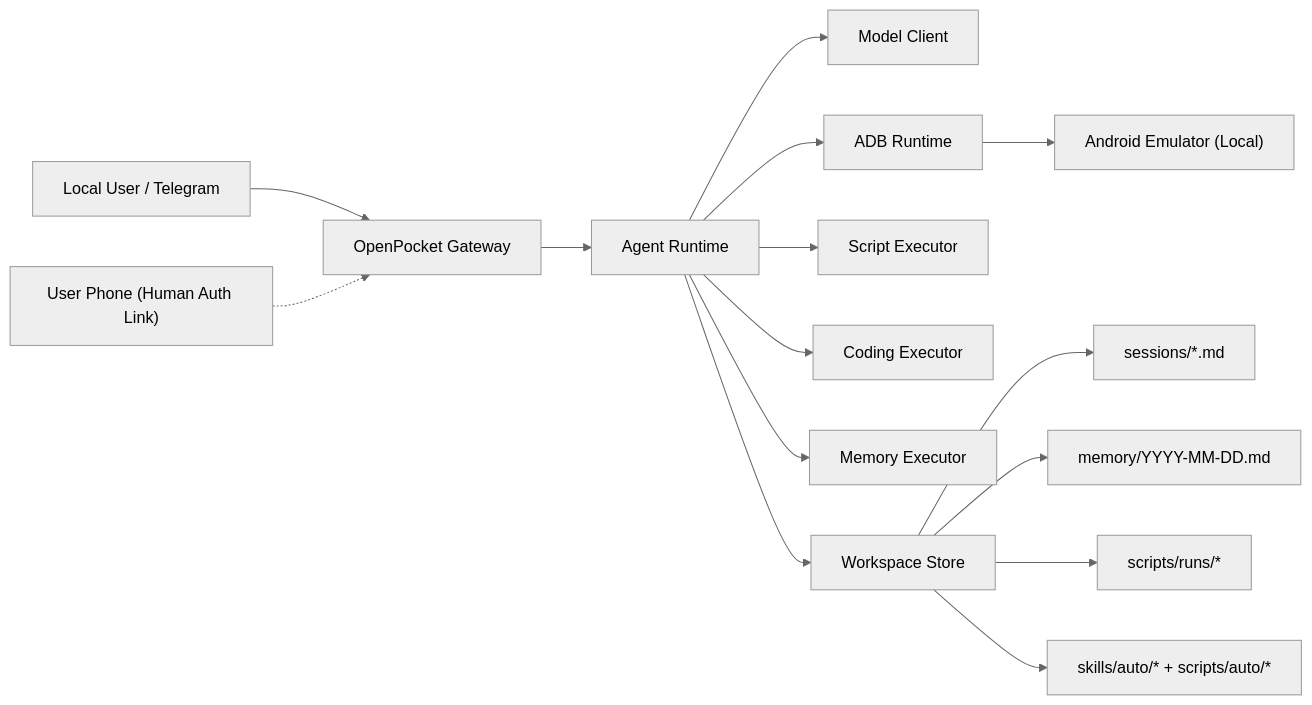
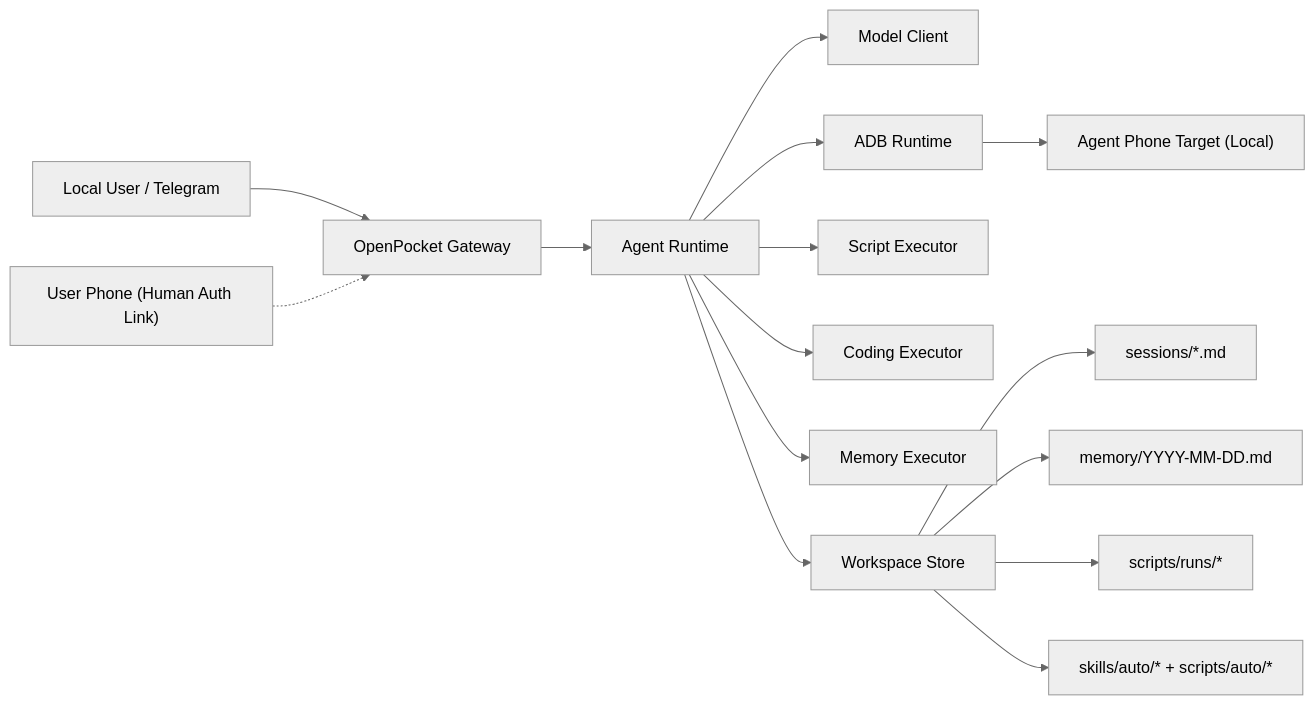
The diagram in README.md (pockebot/openpocket), drawn with Mermaid (neutral theme) before and after one commit. The commit also changed other lines of this file and 12 other files, not shown here.

````diff
--- a/README.md
+++ b/README.md
@@ -513,17 +536,17 @@
 ```mermaid
 flowchart LR
   U["Local User / Telegram"] --> G["OpenPocket Gateway"]
   G --> A["Agent Runtime"]
   A --> M["Model Client"]
   A --> D["ADB Runtime"]
   A --> S["Script Executor"]
   A --> C["Coding Executor"]
   A --> R["Memory Executor"]
-  D --> E["Android Emulator (Local)"]
+  D --> E["Agent Phone Target (Local)"]
   A --> W["Workspace Store"]
   W --> SS["sessions/*.md"]
   W --> MM["memory/YYYY-MM-DD.md"]
   W --> RR["scripts/runs/*"]
   W --> AS["skills/auto/* + scripts/auto/*"]
   RP["User Phone (Human Auth Link)"] -.-> G
 ```
````
